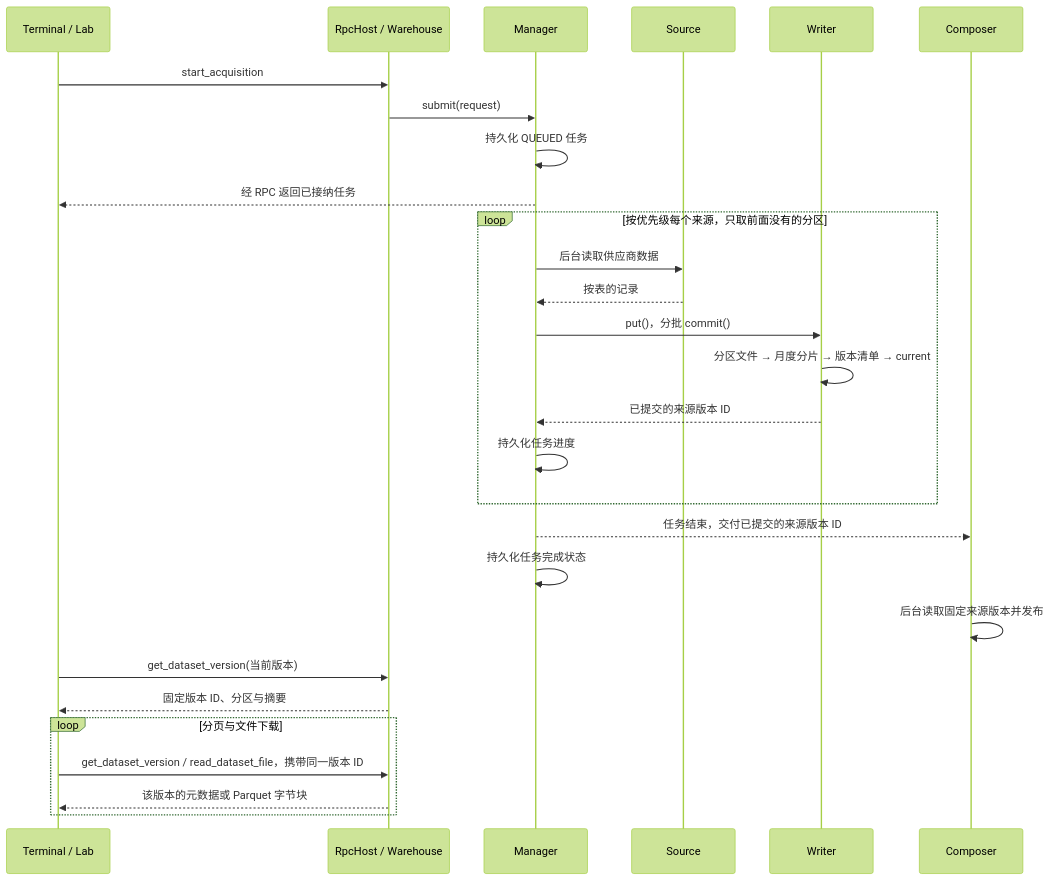
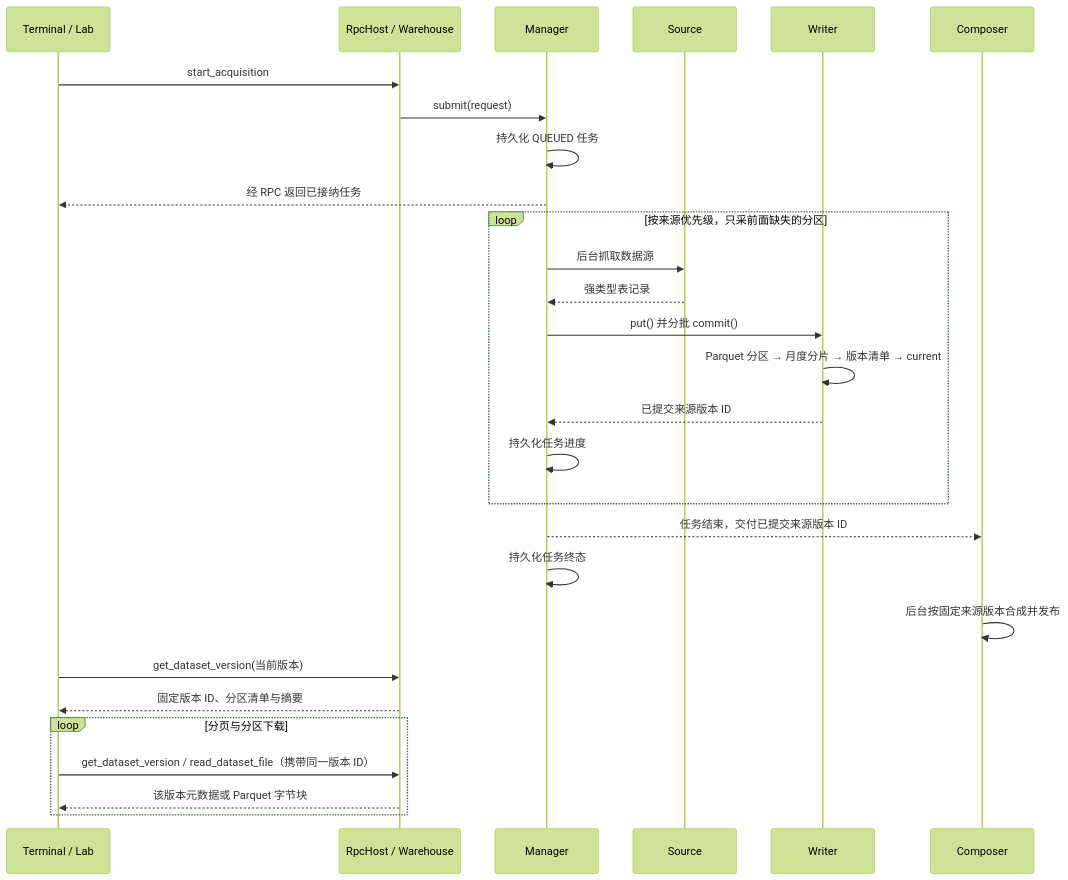
Before and after one commit to isqiwen/asterion-terminal: the third of 3 diagrams in docs/warehouse/architecture.md, drawn with Mermaid (forest theme). The commit also changed other lines of this file and 26 other files, not shown here.

````diff
--- a/docs/warehouse/architecture.md
+++ b/docs/warehouse/architecture.md
@@ -84,30 +86,30 @@
 ```mermaid
 sequenceDiagram
     participant Client as Terminal / Lab
     participant RPC as RpcHost / Warehouse
     participant Manager
     participant Source
     participant Writer
     participant Research as Composer
     Client->>RPC: start_acquisition
     RPC->>Manager: submit(request)
     Manager->>Manager: 持久化 QUEUED 任务
     Manager-->>Client: 经 RPC 返回已接纳任务
-    loop 按优先级每个来源，只取前面没有的分区
-        Manager->>Source: 后台读取供应商数据
-        Source-->>Manager: 按表的记录
-        Manager->>Writer: put()，分批 commit()
-        Writer->>Writer: 分区文件 → 月度分片 → 版本清单 → current
-        Writer-->>Manager: 已提交的来源版本 ID
+    loop 按来源优先级，只采前面缺失的分区
+        Manager->>Source: 后台抓取数据源
+        Source-->>Manager: 强类型表记录
+        Manager->>Writer: put() 并分批 commit()
+        Writer->>Writer: Parquet 分区 → 月度分片 → 版本清单 → current
+        Writer-->>Manager: 已提交来源版本 ID
         Manager->>Manager: 持久化任务进度
     end
-    Manager-->>Research: 任务结束，交付已提交的来源版本 ID
-    Manager->>Manager: 持久化任务完成状态
-    Research->>Research: 后台读取固定来源版本并发布
+    Manager-->>Research: 任务结束，交付已提交来源版本 ID
+    Manager->>Manager: 持久化任务终态
+    Research->>Research: 后台按固定来源版本合成并发布
     Client->>RPC: get_dataset_version(当前版本)
-    RPC-->>Client: 固定版本 ID、分区与摘要
-    loop 分页与文件下载
-        Client->>RPC: get_dataset_version / read_dataset_file，携带同一版本 ID
-        RPC-->>Client: 该版本的元数据或 Parquet 字节块
+    RPC-->>Client: 固定版本 ID、分区清单与摘要
+    loop 分页与分区下载
+        Client->>RPC: get_dataset_version / read_dataset_file（携带同一版本 ID）
+        RPC-->>Client: 该版本元数据或 Parquet 字节块
     end
 ```
````
